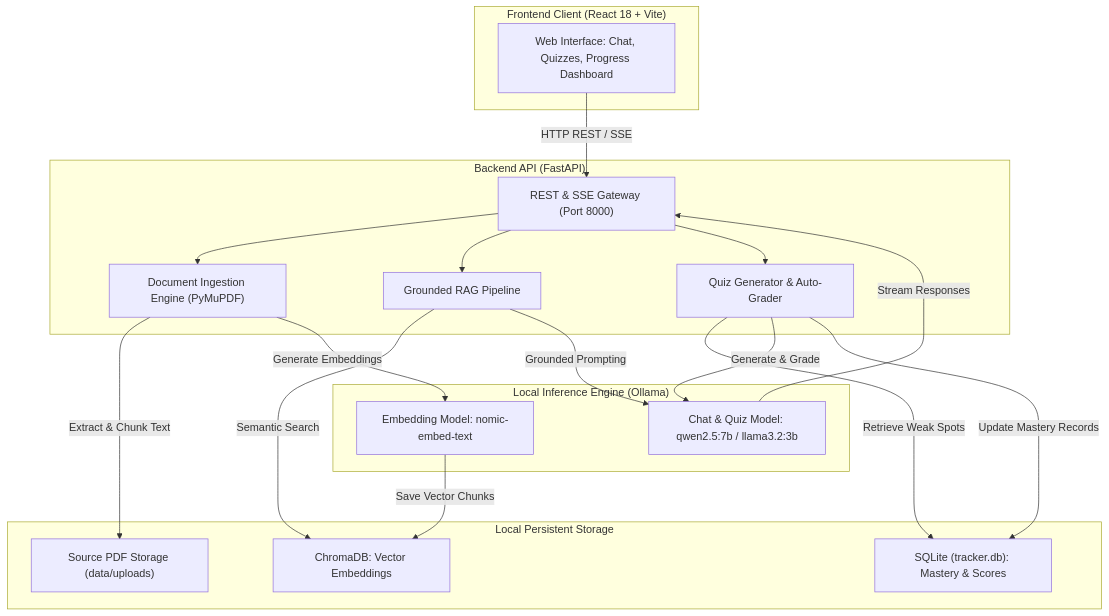
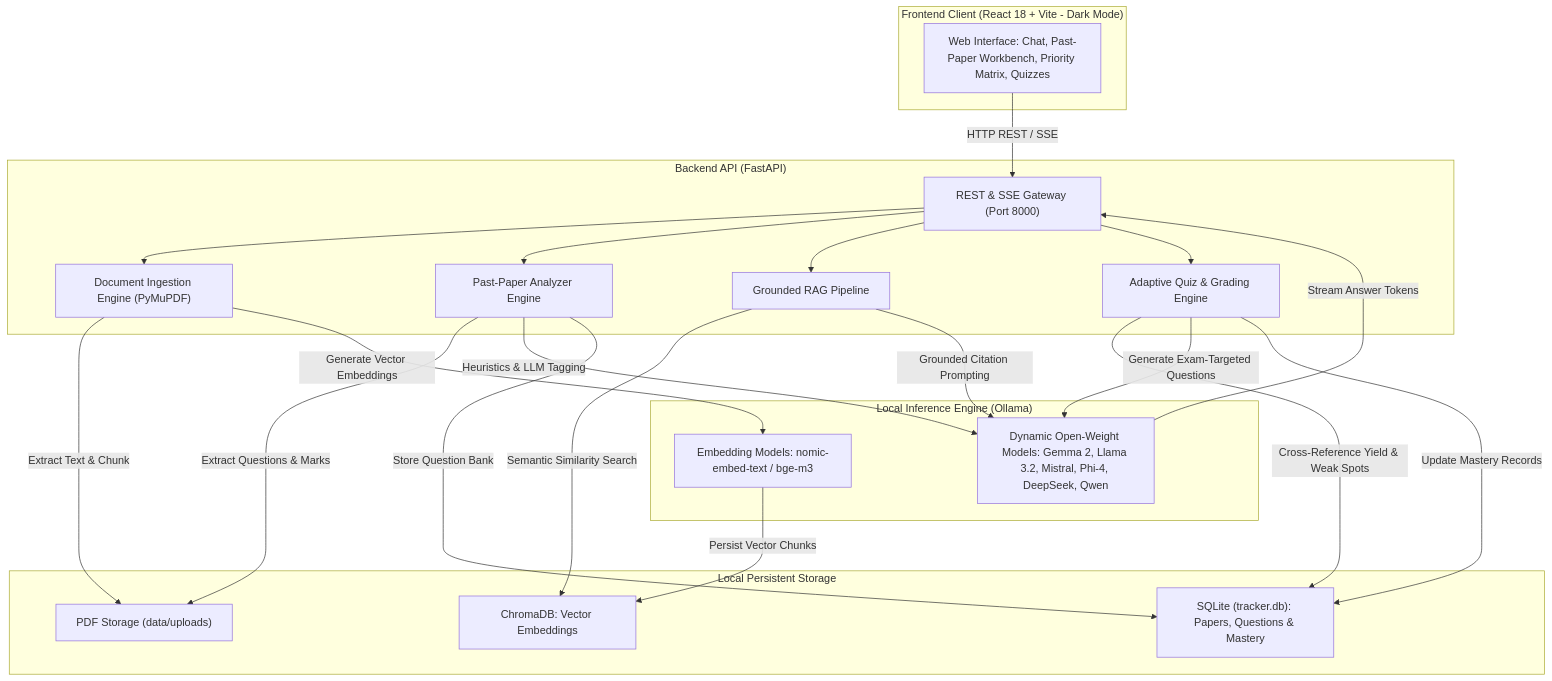
One commit to dev-Aarish/gist changed the diagram in README.md. Above: the diagram before and after it, drawn with Mermaid. The commit also changed other lines of this file and 6 other files, not shown here.

````diff
--- a/README.md
+++ b/README.md
@@ -9,41 +9,47 @@
 ```mermaid
 graph TD
-    subgraph UserInterface ["Frontend Client (React 18 + Vite)"]
-        UI["Web Interface: Chat, Quizzes, Progress Dashboard"]
+    subgraph UserInterface ["Frontend Client (React 18 + Vite - Dark Mode)"]
+        UI["Web Interface: Chat, Past-Paper Workbench, Priority Matrix, Quizzes"]
     end
 
     subgraph BackendGateway ["Backend API (FastAPI)"]
         API["REST & SSE Gateway (Port 8000)"]
         Ingest["Document Ingestion Engine (PyMuPDF)"]
+        Analyzer["Past-Paper Analyzer Engine"]
         RAG["Grounded RAG Pipeline"]
-        Quiz["Quiz Generator & Auto-Grader"]
+        Quiz["Adaptive Quiz & Grading Engine"]
     end
 
     subgraph StorageLayer ["Local Persistent Storage"]
         Chroma["ChromaDB: Vector Embeddings"]
-        SQLite["SQLite (tracker.db): Mastery & Scores"]
-        Uploads["Source PDF Storage (data/uploads)"]
+        SQLite["SQLite (tracker.db): Papers, Questions & Mastery"]
+        Uploads["PDF Storage (data/uploads)"]
     end
 
     subgraph LocalLLM ["Local Inference Engine (Ollama)"]
-        EmbedModel["Embedding Model: nomic-embed-text"]
-        ChatModel["Chat & Quiz Model: qwen2.5:7b / llama3.2:3b"]
+        EmbedModel["Embedding Models: nomic-embed-text / bge-m3"]
+        ChatModel["Dynamic Open-Weight Models: Gemma 2, Llama 3.2, Mistral, Phi-4, DeepSeek, Qwen"]
     end
 
     UI -->|"HTTP REST / SSE"| API
     API --> Ingest
+    API --> Analyzer
     API --> RAG
     API --> Quiz
 
-    Ingest -->|"Extract & Chunk Text"| Uploads
-    Ingest -->|"Generate Embeddings"| EmbedModel
-    EmbedModel -->|"Save Vector Chunks"| Chroma
+    Ingest -->|"Extract Text & Chunk"| Uploads
+    Ingest -->|"Generate Vector Embeddings"| EmbedModel
+    EmbedModel -->|"Persist Vector Chunks"| Chroma
 
-    RAG -->|"Semantic Search"| Chroma
-    RAG -->|"Grounded Prompting"| ChatModel
-    ChatModel -->|"Stream Responses"| API
+    Analyzer -->|"Extract Questions & Marks"| Uploads
+    Analyzer -->|"Heuristics & LLM Tagging"| ChatModel
+    Analyzer -->|"Store Question Bank"| SQLite
 
-    Quiz -->|"Retrieve Weak Spots"| SQLite
-    Quiz -->|"Generate & Grade"| ChatModel
+    RAG -->|"Semantic Similarity Search"| Chroma
+    RAG -->|"Grounded Citation Prompting"| ChatModel
+    ChatModel -->|"Stream Answer Tokens"| API
+
+    Quiz -->|"Cross-Reference Yield & Weak Spots"| SQLite
+    Quiz -->|"Generate Exam-Targeted Questions"| ChatModel
     Quiz -->|"Update Mastery Records"| SQLite
 ```
````
